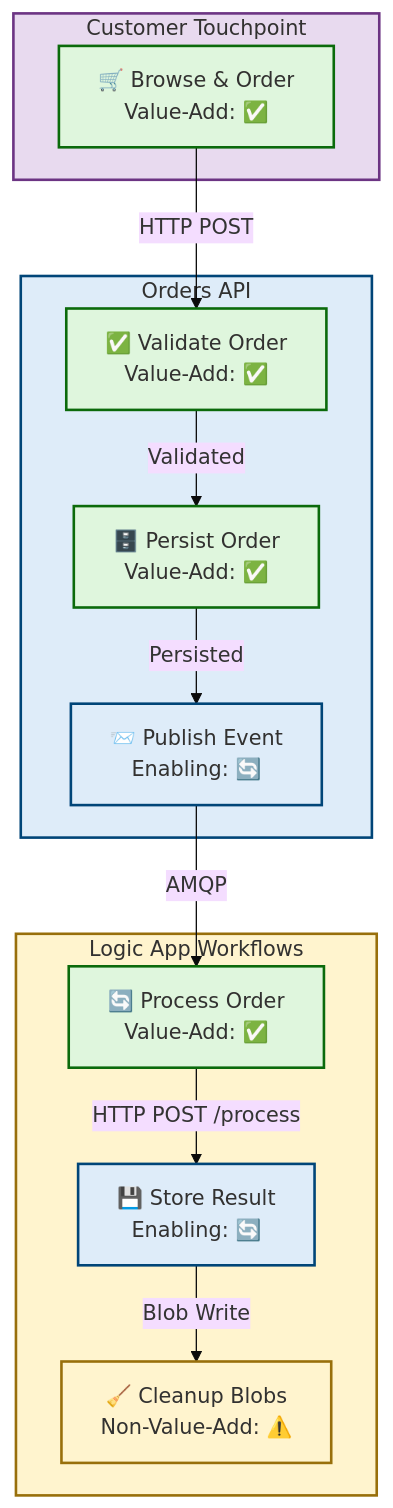
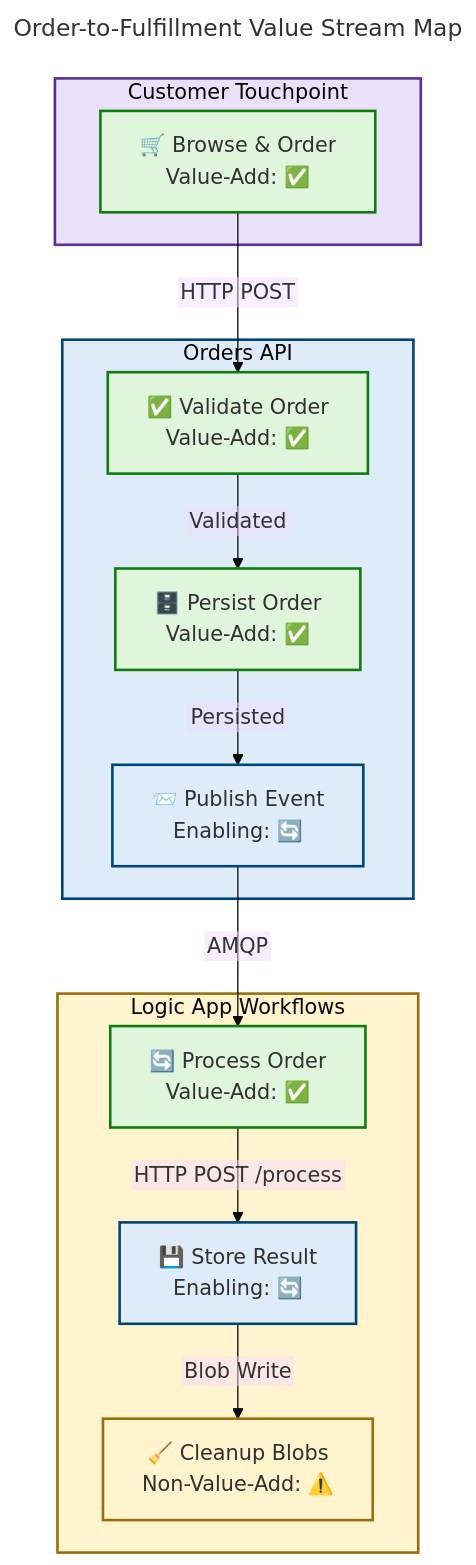
The eighth of 13 diagrams in docs/architecture/Business-Layer-Architecture.md (Evilazaro/Azure-LogicApps-Monitoring), drawn with Mermaid before and after one commit. The commit also changed other lines of this file, not shown here.

Commit message:
docs: update mermaid diagrams for improved clarity and consistency in Business Architecture documentation

````diff
--- a/docs/architecture/Business-Layer-Architecture.md
+++ b/docs/architecture/Business-Layer-Architecture.md
@@ -728,51 +749,56 @@
 ```mermaid
 ---
+title: "Order-to-Fulfillment Value Stream Map"
 config:
   theme: base
+  themeVariables:
+    fontSize: '16px'
+  flowchart:
+    htmlLabels: false
 ---
 flowchart TB
     accTitle: Order-to-Fulfillment Value Stream Map
     accDescr: Detailed value stream map showing 7 stages with actors, activities, channels, and value-add classification for the order lifecycle
 
     %% ═══════════════════════════════════════════════════════════════
     %% AZURE / FLUENT ARCHITECTURE PATTERN v1.1
     %% Generated: 2026-02-18T10:30:00Z
     %% Layer: Business
     %% Components: 14
     %% ═══════════════════════════════════════════════════════════════
 
     subgraph customer_lane ["Customer Touchpoint"]
         c1["🛒 Browse & Order<br/>Value-Add: ✅"]
     end
 
     subgraph api_lane ["Orders API"]
         a1["✅ Validate Order<br/>Value-Add: ✅"]
         a2["🗄️ Persist Order<br/>Value-Add: ✅"]
         a3["📨 Publish Event<br/>Enabling: 🔄"]
     end
 
     subgraph workflow_lane ["Logic App Workflows"]
         w1["🔄 Process Order<br/>Value-Add: ✅"]
         w2["💾 Store Result<br/>Enabling: 🔄"]
         w3["🧹 Cleanup Blobs<br/>Non-Value-Add: ⚠️"]
     end
 
     c1 -->|"HTTP POST"| a1
     a1 -->|"Validated"| a2
     a2 -->|"Persisted"| a3
     a3 -->|"AMQP"| w1
     w1 -->|"HTTP POST /process"| w2
     w2 -->|"Blob Write"| w3
 
-    style customer_lane fill:#E8DAEF,stroke:#6C3483,stroke-width:2px,color:#323130
+    style customer_lane fill:#E7E2FA,stroke:#5B2F91,stroke-width:2px,color:#323130
     style api_lane fill:#DEECF9,stroke:#004578,stroke-width:2px,color:#323130
     style workflow_lane fill:#FFF4CE,stroke:#986F0B,stroke-width:2px,color:#323130
 
-    classDef valueAdd fill:#DFF6DD,stroke:#0B6A0B,stroke-width:2px,color:#323130
+    classDef valueAdd fill:#DFF6DD,stroke:#107C10,stroke-width:2px,color:#323130
     classDef enabling fill:#DEECF9,stroke:#004578,stroke-width:2px,color:#323130
     classDef nonValueAdd fill:#FFF4CE,stroke:#986F0B,stroke-width:2px,color:#323130
 
     class c1,a1,a2,w1 valueAdd
     class a3,w2 enabling
     class w3 nonValueAdd
 ```
````
